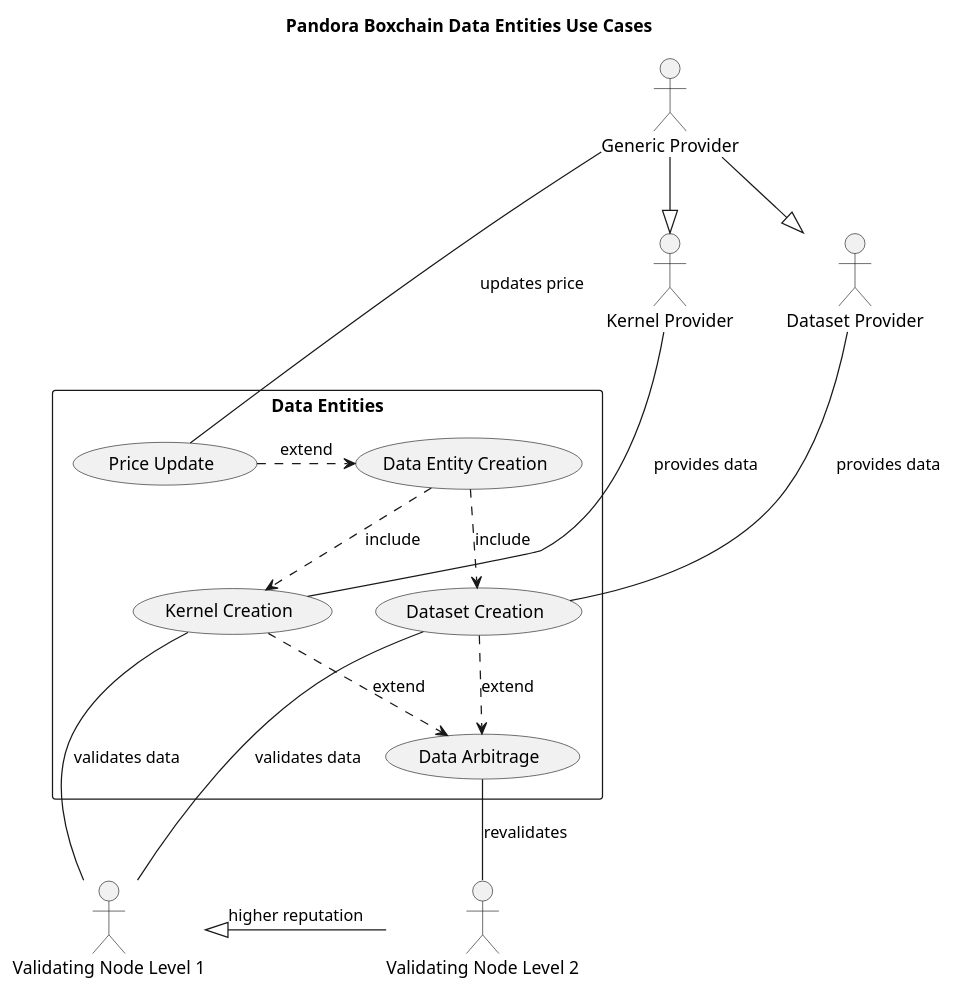
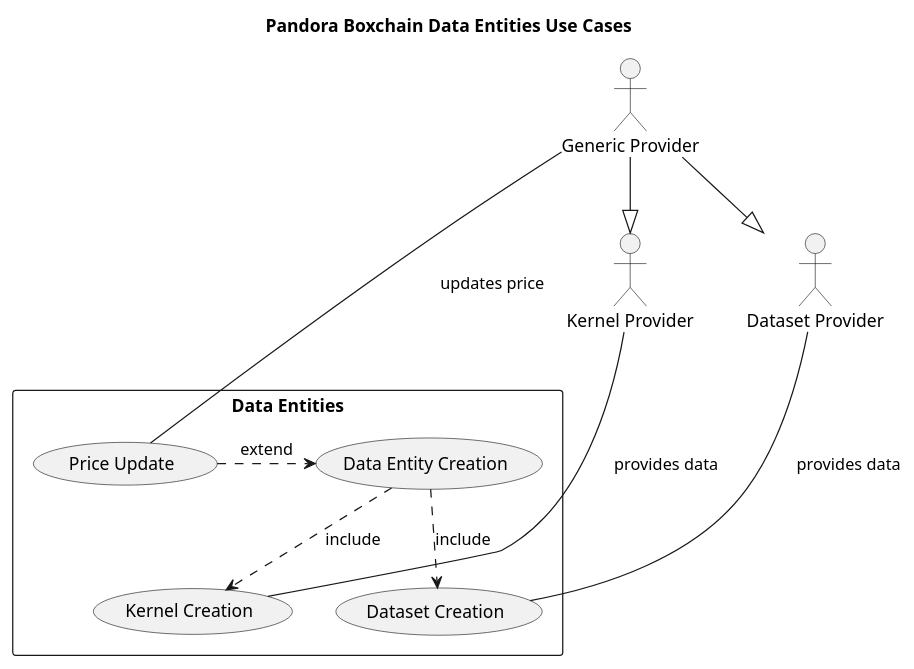
Before and after one commit to pandoraboxchain/pocw-techspecs: the diagram in use_cases_data_entities.plantuml, drawn with PlantUML.

```diff
--- a/use_cases_data_entities.plantuml
+++ b/use_cases_data_entities.plantuml
@@ -1,40 +1,28 @@
 @startuml
 'left to right direction
 skinparam packageStyle rectangle
 
 title Pandora Boxchain Data Entities Use Cases
 
 actor :Generic Provider: as GP
 actor :Kernel Provider: as KP
 actor :Dataset Provider: as DP
-actor :Validating Node Level 1: as VN1
-actor :Validating Node Level 2: as VN2
 
 GP --|> KP
 GP --|> DP
-
-VN2 --l--|> VN1: higher reputation
 
 rectangle "Data Entities" {
   usecase (Data Entity Creation) as newData
   usecase (Kernel Creation) as newKernel
   usecase (Dataset Creation) as newDataset
-  usecase (Data Arbitrage) as dataArbitrage
   usecase (Price Update) as priceUpdate
 
   newData ..> newKernel: include
   newData ..> newDataset: include
   priceUpdate .> newData: extend
 
   GP --- (priceUpdate): updates price
   KP -- (newKernel): provides data
   DP -- (newDataset): provides data
-
-  (newKernel) --- VN1: validates data
-  (newDataset) --- VN1: validates data
-
-  newKernel ..> dataArbitrage: extend
-  newDataset ..> dataArbitrage: extend
-  (dataArbitrage) -- VN2: revalidates
 }
 @enduml
```
